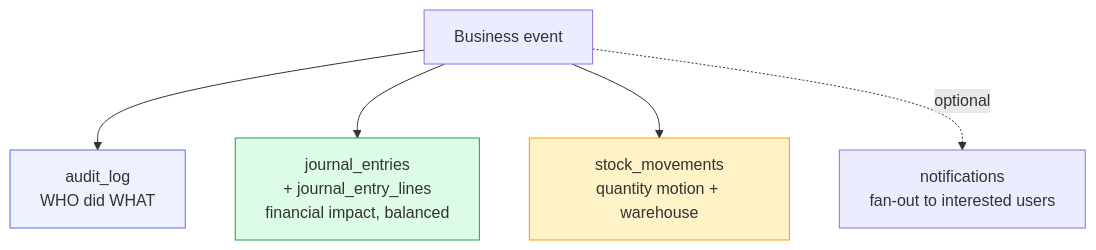
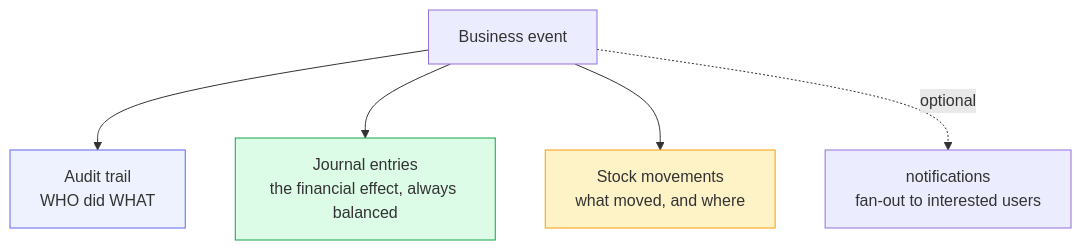
The diagram in docs/manual/docs/foundation/audit-trail.md (quilit-dev/quilit-erp), drawn with Mermaid before and after one commit. The commit also changed other lines of this file and 58 other files, not shown here.

````diff
--- a/docs/manual/docs/foundation/audit-trail.md
+++ b/docs/manual/docs/foundation/audit-trail.md
@@ -28,11 +28,11 @@
 ```mermaid
 flowchart TD
-    EVT[Business event] --> AL[audit_log<br/>WHO did WHAT]
-    EVT --> JE[journal_entries<br/>+ journal_entry_lines<br/>financial impact, balanced]
-    EVT --> SM[stock_movements<br/>quantity motion + warehouse]
+    EVT[Business event] --> AL[Audit trail<br/>WHO did WHAT]
+    EVT --> JE[Journal entries<br/>the financial effect, always balanced]
+    EVT --> SM[Stock movements<br/>what moved, and where]
     EVT -.->|optional| NOT[notifications<br/>fan-out to interested users]
 
     style AL fill:#eef2ff,stroke:#6366f1
     style JE fill:#dcfce7,stroke:#16a34a
     style SM fill:#fef3c7,stroke:#f59e0b
 ```
````
